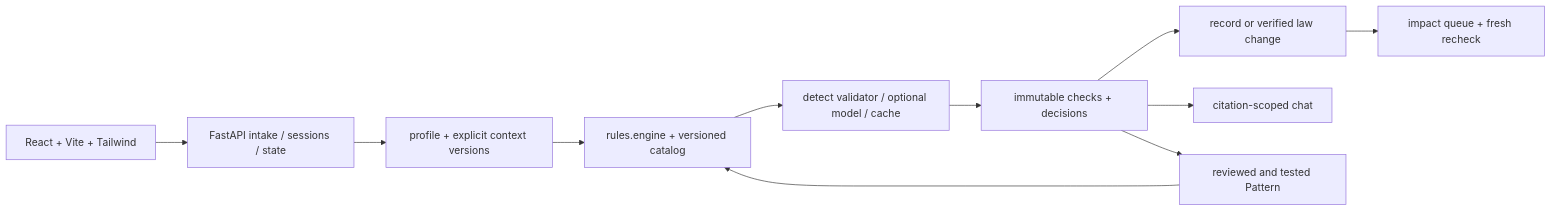
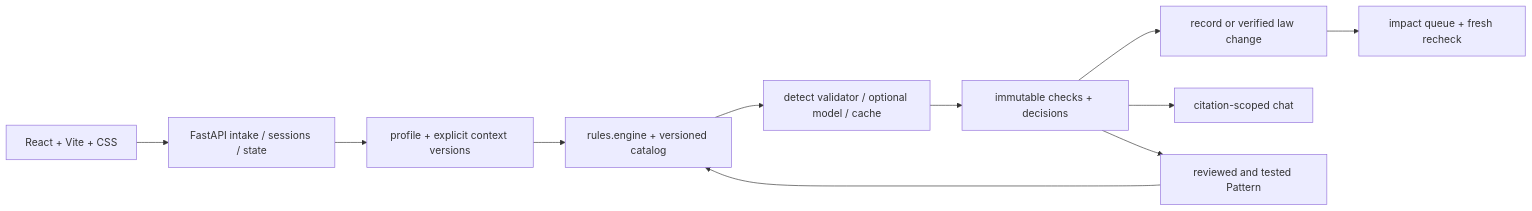
The diagram in docs/plan/plan.md (EigenKai/nullptr-lexcheck), drawn with Mermaid before and after one commit. The commit also changed other lines of this file and 5 other files, not shown here.

````diff
--- a/docs/plan/plan.md
+++ b/docs/plan/plan.md
@@ -29,13 +29,13 @@
 ```mermaid
 flowchart LR
- UI[React + Vite + Tailwind] --> API[FastAPI intake / sessions / state]
+ UI[React + Vite + CSS] --> API[FastAPI intake / sessions / state]
  API --> Profile[profile + explicit context versions]
  Profile --> Rules[rules.engine + versioned catalog]
  Rules --> Detect[detect validator / optional model / cache]
  Detect --> Store[immutable checks + decisions]
  Store --> Change[record or verified law change]
  Change --> Queue[impact queue + fresh recheck]
  Store --> Chat[citation-scoped chat]
  Store --> Feedback[reviewed and tested Pattern]
  Feedback --> Rules
 ```
````
